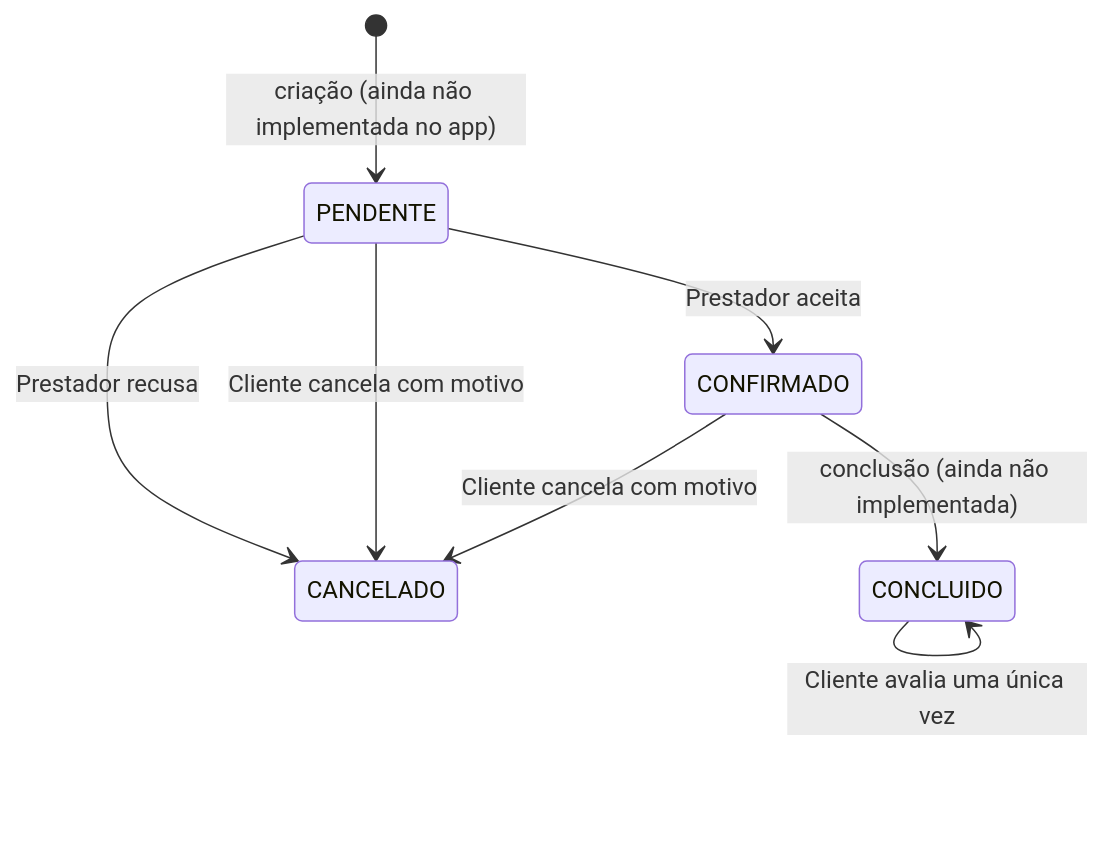
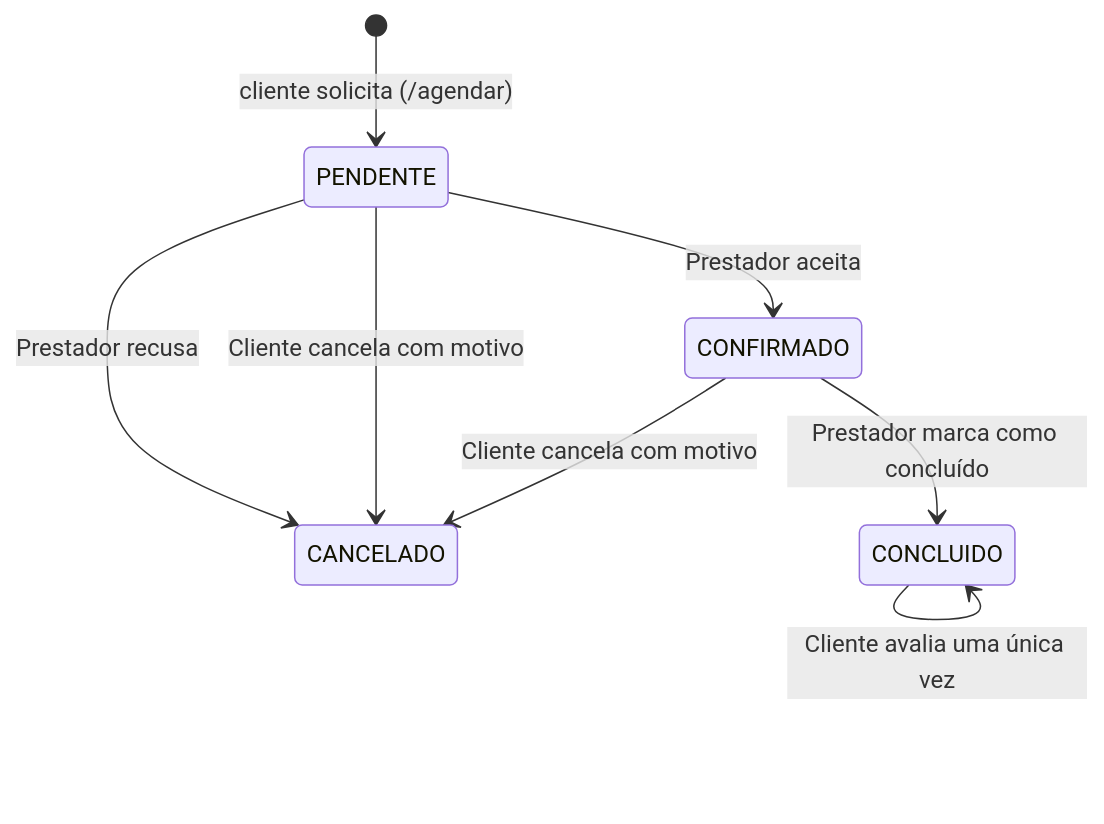
The second of 2 diagrams in docs/AGENDA.md (WesMarquess/nesha), drawn with Mermaid before and after one commit. The commit also changed other lines of this file and 50 other files, not shown here.

````diff
--- a/docs/AGENDA.md
+++ b/docs/AGENDA.md
@@ -94,10 +96,10 @@
 ```mermaid
 stateDiagram-v2
-    [*] --> PENDENTE: criação (ainda não implementada no app)
+    [*] --> PENDENTE: cliente solicita (/agendar)
     PENDENTE --> CONFIRMADO: Prestador aceita
     PENDENTE --> CANCELADO: Prestador recusa
     PENDENTE --> CANCELADO: Cliente cancela com motivo
     CONFIRMADO --> CANCELADO: Cliente cancela com motivo
-    CONFIRMADO --> CONCLUIDO: conclusão (ainda não implementada)
+    CONFIRMADO --> CONCLUIDO: Prestador marca como concluído
     CONCLUIDO --> CONCLUIDO: Cliente avalia uma única vez
 ```
````
